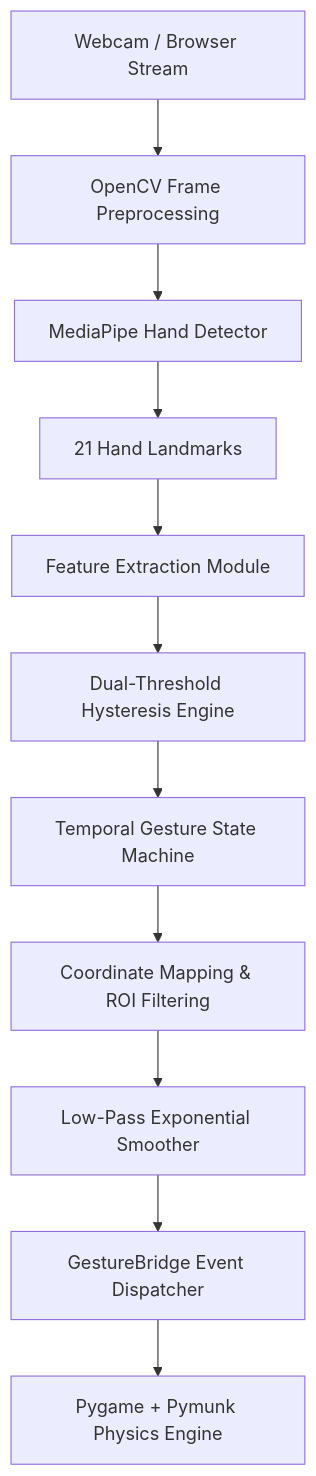
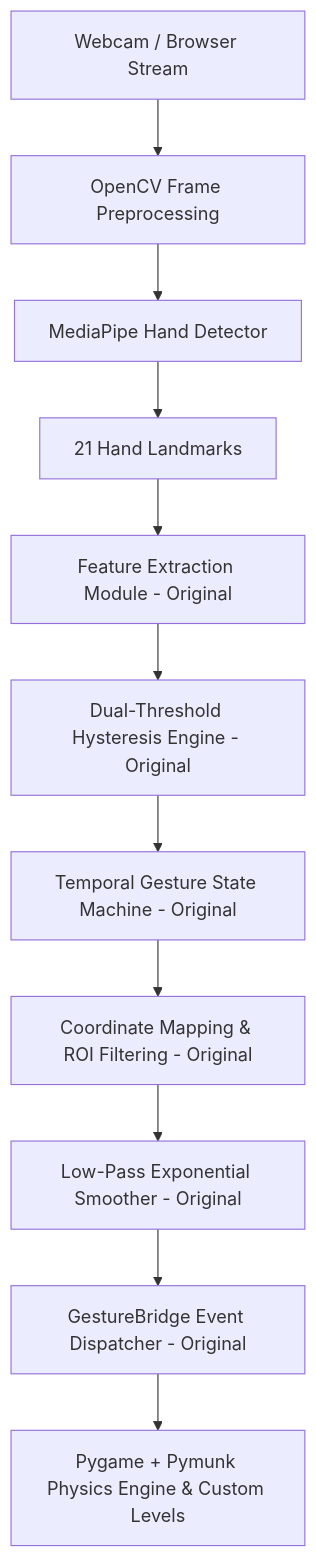
The diagram in docs/architecture.md (GradientDescent-git/Gyro_Birdgame), drawn with Mermaid before and after one commit. The commit also changed other lines of this file and 11 other files, not shown here.

````diff
--- a/docs/architecture.md
+++ b/docs/architecture.md
@@ -5,13 +5,13 @@
 ```mermaid
 flowchart TD
     A[Webcam / Browser Stream] --> B[OpenCV Frame Preprocessing]
     B --> C[MediaPipe Hand Detector]
     C --> D[21 Hand Landmarks]
-    D --> E[Feature Extraction Module]
-    E --> F[Dual-Threshold Hysteresis Engine]
-    F --> G[Temporal Gesture State Machine]
-    G --> H[Coordinate Mapping & ROI Filtering]
-    H --> I[Low-Pass Exponential Smoother]
-    I --> J[GestureBridge Event Dispatcher]
-    J --> K[Pygame + Pymunk Physics Engine]
+    D --> E[Feature Extraction Module - Original]
+    E --> F[Dual-Threshold Hysteresis Engine - Original]
+    F --> G[Temporal Gesture State Machine - Original]
+    G --> H[Coordinate Mapping & ROI Filtering - Original]
+    H --> I[Low-Pass Exponential Smoother - Original]
+    I --> J[GestureBridge Event Dispatcher - Original]
+    J --> K[Pygame + Pymunk Physics Engine & Custom Levels]
 ```
````
